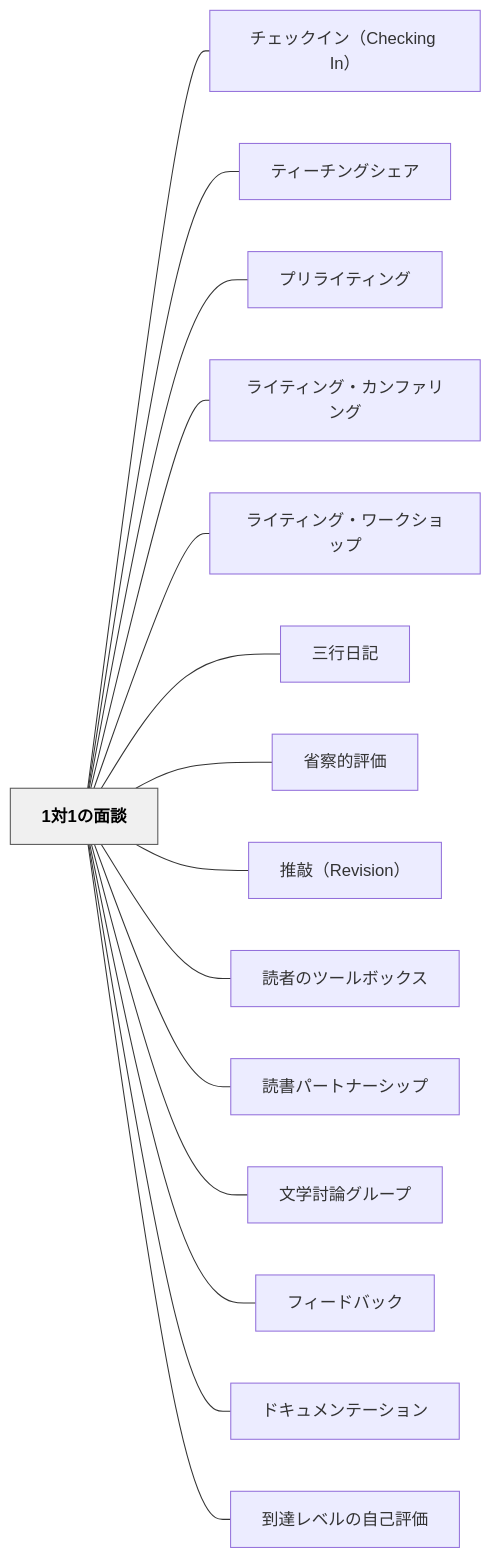
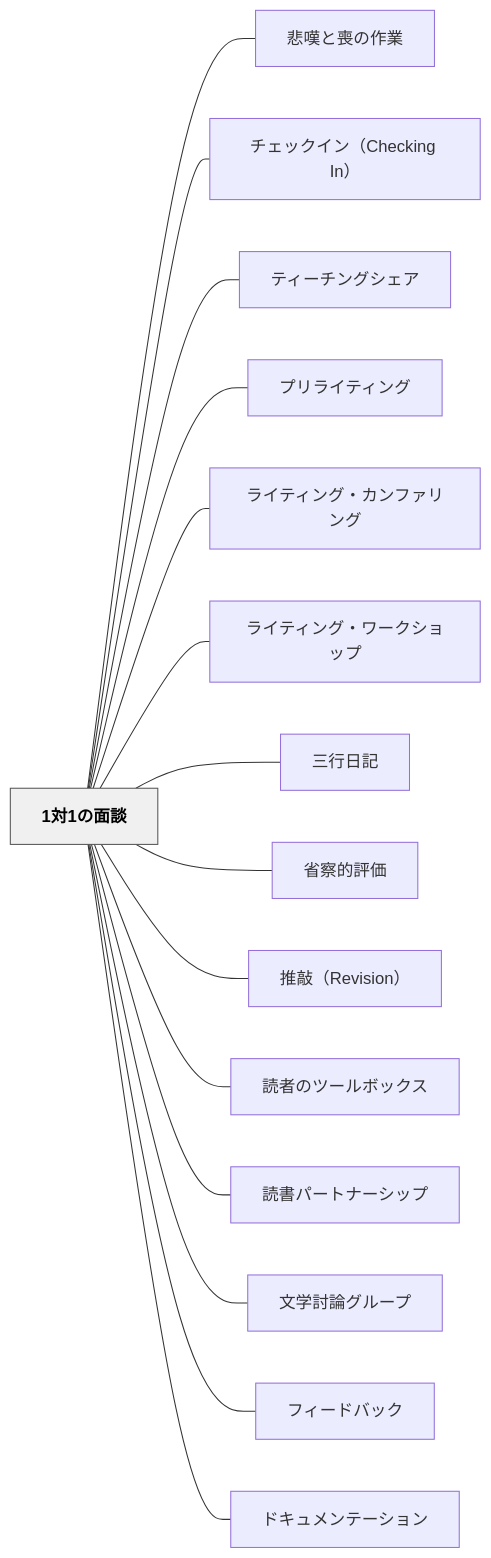
Before and after one commit to unknownthings-ed-patterns/unknownthings-ed-patterns: the diagram in content/パタン/1対1の面談.md, drawn with Mermaid. The commit also changed other lines of this file and 185 other files, not shown here.

````diff
--- a/content/パタン/1対1の面談.md
+++ b/content/パタン/1対1の面談.md
@@ -133,36 +134,36 @@
 ```mermaid
 flowchart LR
     n31e5afbe31e381aee99da2e8ab87["1対1の面談"]
+    ne682b2e59886e381a8e596aae381aee4bd9ce6a5ad["悲嘆と喪の作業"]
     ne38381e382a7e38383e382afe382a4e383b3efbc88436865636b696e6720496eefbc89["チェックイン（Checking In）"]
     ne38386e382a3e383bce38381e383b3e382b0e382b7e382a7e382a2["ティーチングシェア"]
     ne38397e383aae383a9e382a4e38386e382a3e383b3e382b0["プリライティング"]
     ne383a9e382a4e38386e382a3e383b3e382b0e383bbe382abe383b3e38395e382a1e383aae383b3e382b0["ライティング・カンファリング"]
     ne383a9e382a4e38386e382a3e383b3e382b0e383bbe383afe383bce382afe382b7e383a7e38383e38397["ライティング・ワークショップ"]
     ne4b889e8a18ce697a5e8a898["三行日記"]
     ne79c81e5af9fe79a84e8a995e4bea1["省察的評価"]
     ne68ea8e695b2efbc885265766973696f6eefbc89["推敲（Revision）"]
     ne8aaade88085e381aee38384e383bce383abe3839ce38383e382afe382b9["読者のツールボックス"]
     ne8aaade69bb8e38391e383bce38388e3838ae383bce382b7e38383e38397["読書パートナーシップ"]
     ne69687e5ada6e8a88ee8ab96e382b0e383abe383bce38397["文学討論グループ"]
     ne38395e382a3e383bce38389e38390e38383e382af["フィードバック"]
     ne38389e382ade383a5e383a1e383b3e38386e383bce382b7e383a7e383b3["ドキュメンテーション"]
-    ne588b0e98194e383ace38399e383abe381aee887aae5b7b1e8a995e4bea1["到達レベルの自己評価"]
 
+    n31e5afbe31e381aee99da2e8ab87 --- ne682b2e59886e381a8e596aae381aee4bd9ce6a5ad
     n31e5afbe31e381aee99da2e8ab87 --- ne38381e382a7e38383e382afe382a4e383b3efbc88436865636b696e6720496eefbc89
     n31e5afbe31e381aee99da2e8ab87 --- ne38386e382a3e383bce38381e383b3e382b0e382b7e382a7e382a2
     n31e5afbe31e381aee99da2e8ab87 --- ne38397e383aae383a9e382a4e38386e382a3e383b3e382b0
     n31e5afbe31e381aee99da2e8ab87 --- ne383a9e382a4e38386e382a3e383b3e382b0e383bbe382abe383b3e38395e382a1e383aae383b3e382b0
     n31e5afbe31e381aee99da2e8ab87 --- ne383a9e382a4e38386e382a3e383b3e382b0e383bbe383afe383bce382afe382b7e383a7e38383e38397
     n31e5afbe31e381aee99da2e8ab87 --- ne4b889e8a18ce697a5e8a898
     n31e5afbe31e381aee99da2e8ab87 --- ne79c81e5af9fe79a84e8a995e4bea1
     n31e5afbe31e381aee99da2e8ab87 --- ne68ea8e695b2efbc885265766973696f6eefbc89
     n31e5afbe31e381aee99da2e8ab87 --- ne8aaade88085e381aee38384e383bce383abe3839ce38383e382afe382b9
     n31e5afbe31e381aee99da2e8ab87 --- ne8aaade69bb8e38391e383bce38388e3838ae383bce382b7e38383e38397
     n31e5afbe31e381aee99da2e8ab87 --- ne69687e5ada6e8a88ee8ab96e382b0e383abe383bce38397
     n31e5afbe31e381aee99da2e8ab87 --- ne38395e382a3e383bce38389e38390e38383e382af
     n31e5afbe31e381aee99da2e8ab87 --- ne38389e382ade383a5e383a1e383b3e38386e383bce382b7e383a7e383b3
-    n31e5afbe31e381aee99da2e8ab87 --- ne588b0e98194e383ace38399e383abe381aee887aae5b7b1e8a995e4bea1
 
     classDef hub fill:#f0f0f0,stroke:#555,color:#000,font-weight:bold
     class n31e5afbe31e381aee99da2e8ab87 hub
 ```
````
